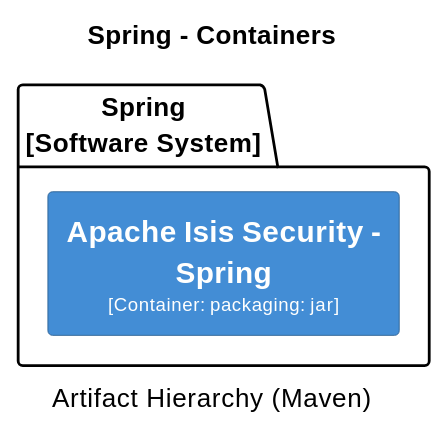
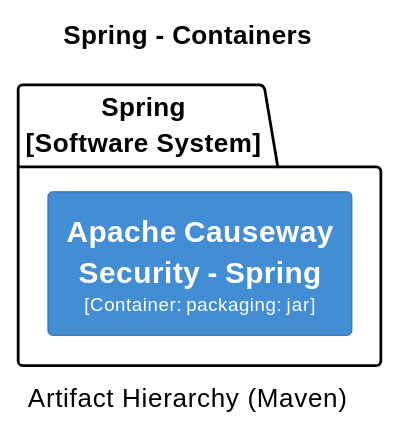
One commit to apache/causeway changed diagram 14 of 32 in core/adoc/modules/_overview/pages/about.adoc. Above: the diagram before and after it, drawn with PlantUML. The commit also changed other lines of this file and 398 other files, not shown here.

```diff
--- a/core/adoc/modules/_overview/pages/about.adoc
+++ b/core/adoc/modules/_overview/pages/about.adoc
@@ -2659,25 +2659,25 @@
 [plantuml,Spring,svg]
 ----
 @startuml(id=Spring)
 title Spring - Containers
 caption Artifact Hierarchy (Maven)
 
 skinparam {
   shadowing false
   arrowFontSize 10
   defaultTextAlignment center
   wrapWidth 200
   maxMessageSize 100
 }
 hide stereotype
 left to right direction
 skinparam rectangle<<2>> {
   BackgroundColor #438dd5
   FontColor #fffffe
   BorderColor #2E6295
 }
 package "Spring\n[Software System]" {
-  rectangle "==Apache Isis Security - Spring\n<size:10>[Container: packaging: jar]</size>" <<2>> as 2
+  rectangle "==Apache Causeway Security - Spring\n<size:10>[Container: packaging: jar]</size>" <<2>> as 2
 }
 @enduml
 ----
```
